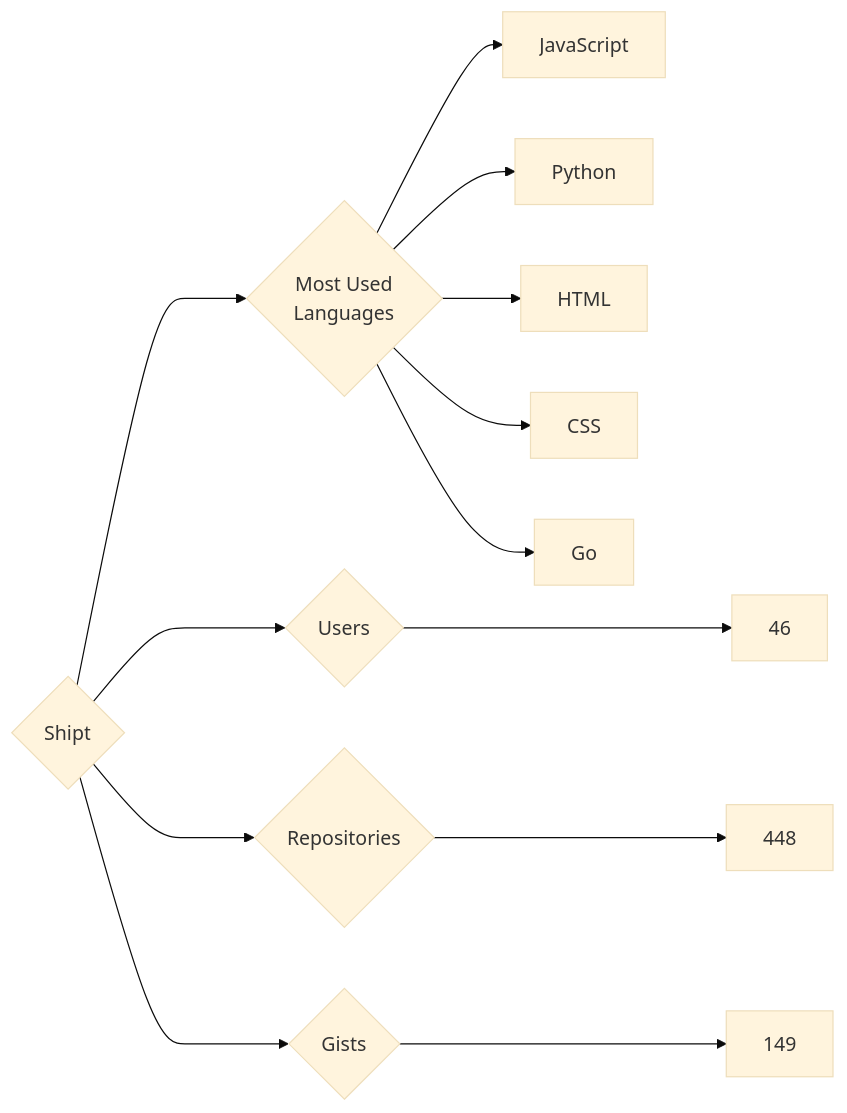
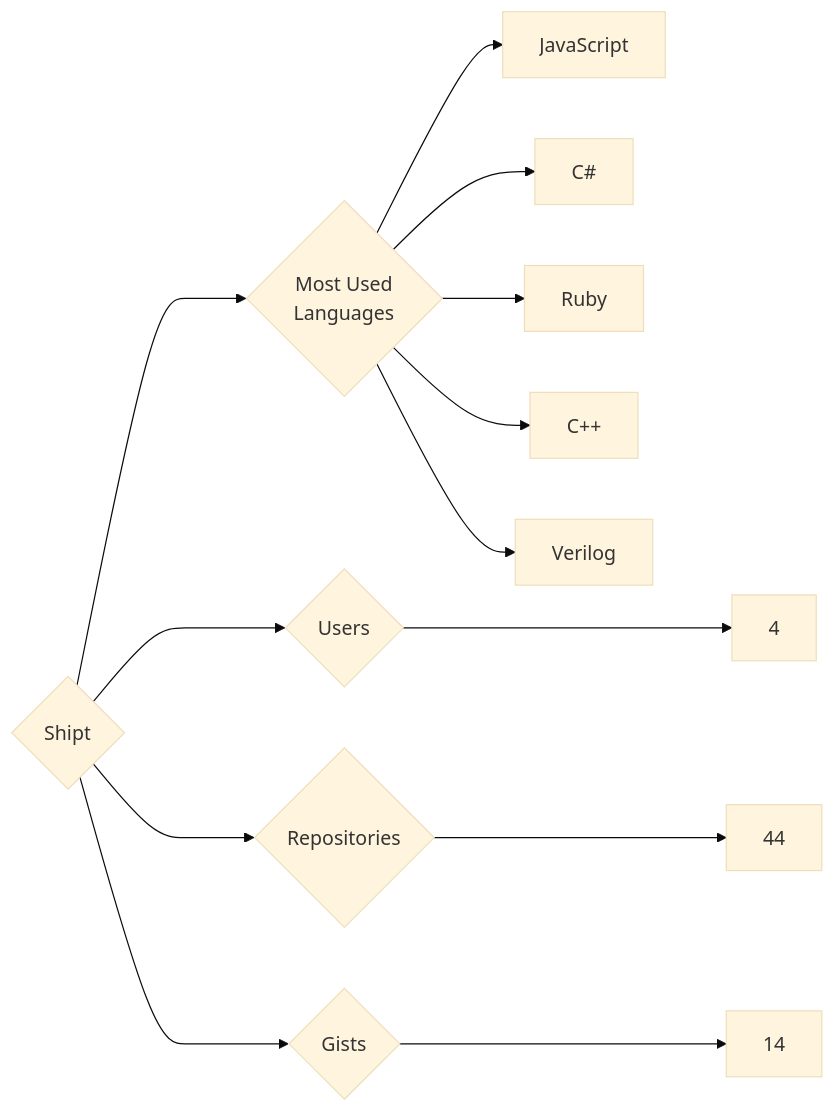
Before and after one commit to trickest/insiders: the diagram in targets/Shipt/README.md, drawn with Mermaid (base theme). The commit also changed 794 other files, not shown here.

````diff
--- a/targets/Shipt/README.md
+++ b/targets/Shipt/README.md
@@ -3,13 +3,13 @@
 ```mermaid
 graph LR
 COMPANY_NAME{Shipt}
-COMPANY_NAME ---> U{Users} ---> UN[46]
-COMPANY_NAME ---> R{Repositories} ---> RN[448]
-COMPANY_NAME ---> G{Gists} ---> GN[149]
+COMPANY_NAME ---> U{Users} ---> UN[4]
+COMPANY_NAME ---> R{Repositories} ---> RN[44]
+COMPANY_NAME ---> G{Gists} ---> GN[14]
 COMPANY_NAME ---> ML{Most Used<br>Languages}
 ML --> JavaScript[JavaScript]
-ML --> Python[Python]
-ML --> HTML[HTML]
-ML --> CSS[CSS]
-ML --> Go[Go]
+ML --> C#[C#]
+ML --> Ruby[Ruby]
+ML --> C++[C++]
+ML --> Verilog[Verilog]
 ```
````
